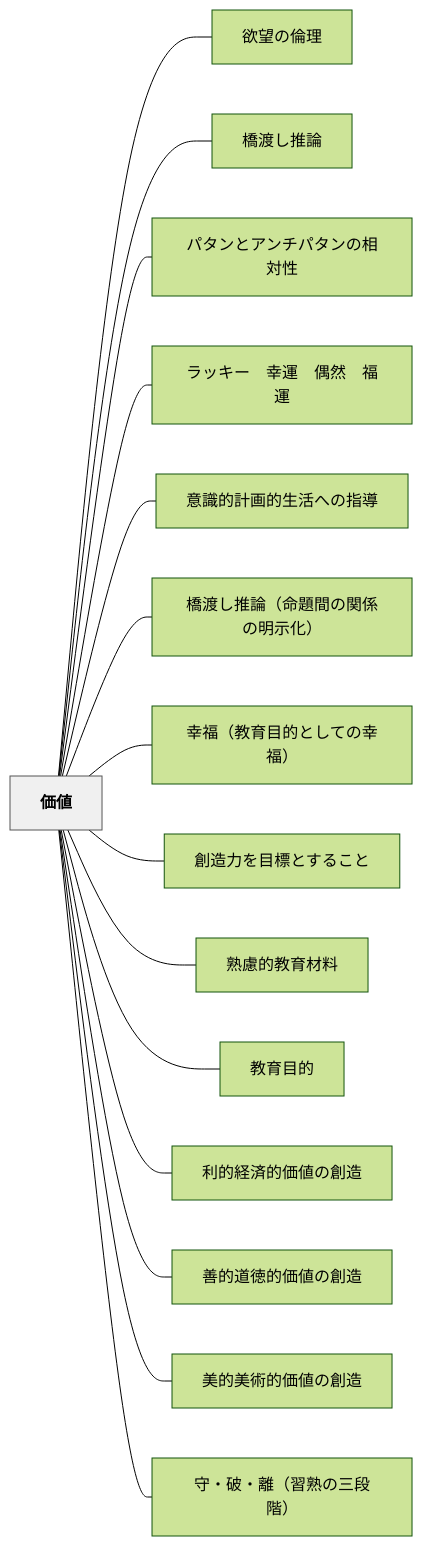
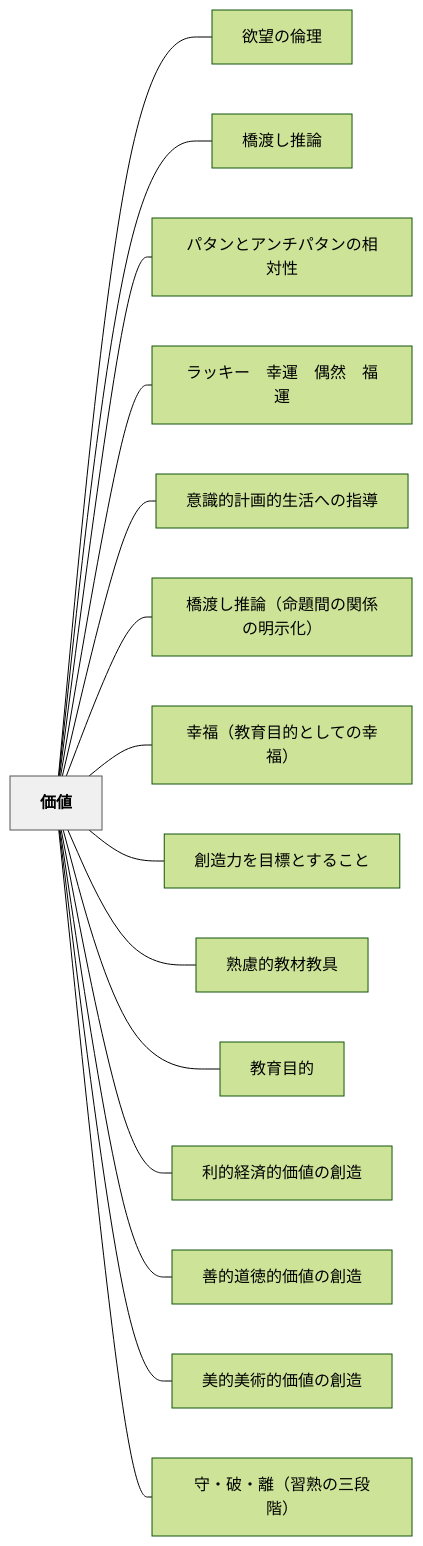
The diagram in content/パタン/価値.md (unknownthings-ed-patterns/unknownthings-ed-patterns), drawn with Mermaid (forest theme) before and after one commit. The commit also changed other lines of this file and 72 other files, not shown here.

````diff
--- a/content/パタン/価値.md
+++ b/content/パタン/価値.md
@@ -157,36 +157,36 @@
 ```mermaid
 flowchart LR
     ne4bea1e580a4["価値"]
     ne6acb2e69c9be381aee580abe79086["欲望の倫理"]
     ne6a98be6b8a1e38197e68ea8e8ab96["橋渡し推論"]
     ne38391e382bfe383b3e381a8e382a2e383b3e38381e38391e382bfe383b3e381aee79bb8e5afbee680a7["パタンとアンチパタンの相対性"]
     ne383a9e38383e382ade383bce38080e5b9b8e9818be38080e581b6e784b6e38080e7a68fe9818b["ラッキー　幸運　偶然　福運"]
     ne6848fe8ad98e79a84e8a888e794bbe79a84e7949fe6b4bbe381b8e381aee68c87e5b08e["意識的計画的生活への指導"]
     ne6a98be6b8a1e38197e68ea8e8ab96efbc88e591bde9a18ce99693e381aee996a2e4bf82e381aee6988ee7a4bae58c96efbc89["橋渡し推論（命題間の関係の明示化）"]
     ne5b9b8e7a68fefbc88e69599e882b2e79baee79a84e381a8e38197e381a6e381aee5b9b8e7a68fefbc89["幸福（教育目的としての幸福）"]
     ne589b5e980a0e58a9be38292e79baee6a899e381a8e38199e3828be38193e381a8["創造力を目標とすること"]
-    ne7869fe685aee79a84e69599e882b2e69d90e69699["熟慮的教育材料"]
+    ne7869fe685aee79a84e69599e69d90e69599e585b7["熟慮的教材教具"]
     ne69599e882b2e79baee79a84["教育目的"]
     ne588a9e79a84e7b58ce6b888e79a84e4bea1e580a4e381aee589b5e980a0["利的経済的価値の創造"]
     ne59684e79a84e98193e5beb3e79a84e4bea1e580a4e381aee589b5e980a0["善的道徳的価値の創造"]
     ne7be8ee79a84e7be8ee8a193e79a84e4bea1e580a4e381aee589b5e980a0["美的美術的価値の創造"]
     ne5ae88e383bbe7a0b4e383bbe99ba2efbc88e7bf92e7869fe381aee4b889e6aeb5e99a8eefbc89["守・破・離（習熟の三段階）"]
 
     ne4bea1e580a4 --- ne6acb2e69c9be381aee580abe79086
     ne4bea1e580a4 --- ne6a98be6b8a1e38197e68ea8e8ab96
     ne4bea1e580a4 --- ne38391e382bfe383b3e381a8e382a2e383b3e38381e38391e382bfe383b3e381aee79bb8e5afbee680a7
     ne4bea1e580a4 --- ne383a9e38383e382ade383bce38080e5b9b8e9818be38080e581b6e784b6e38080e7a68fe9818b
     ne4bea1e580a4 --- ne6848fe8ad98e79a84e8a888e794bbe79a84e7949fe6b4bbe381b8e381aee68c87e5b08e
     ne4bea1e580a4 --- ne6a98be6b8a1e38197e68ea8e8ab96efbc88e591bde9a18ce99693e381aee996a2e4bf82e381aee6988ee7a4bae58c96efbc89
     ne4bea1e580a4 --- ne5b9b8e7a68fefbc88e69599e882b2e79baee79a84e381a8e38197e381a6e381aee5b9b8e7a68fefbc89
     ne4bea1e580a4 --- ne589b5e980a0e58a9be38292e79baee6a899e381a8e38199e3828be38193e381a8
-    ne4bea1e580a4 --- ne7869fe685aee79a84e69599e882b2e69d90e69699
+    ne4bea1e580a4 --- ne7869fe685aee79a84e69599e69d90e69599e585b7
     ne4bea1e580a4 --- ne69599e882b2e79baee79a84
     ne4bea1e580a4 --- ne588a9e79a84e7b58ce6b888e79a84e4bea1e580a4e381aee589b5e980a0
     ne4bea1e580a4 --- ne59684e79a84e98193e5beb3e79a84e4bea1e580a4e381aee589b5e980a0
     ne4bea1e580a4 --- ne7be8ee79a84e7be8ee8a193e79a84e4bea1e580a4e381aee589b5e980a0
     ne4bea1e580a4 --- ne5ae88e383bbe7a0b4e383bbe99ba2efbc88e7bf92e7869fe381aee4b889e6aeb5e99a8eefbc89
 
     classDef hub fill:#f0f0f0,stroke:#555,color:#000,font-weight:bold
     class ne4bea1e580a4 hub
 ```
````
